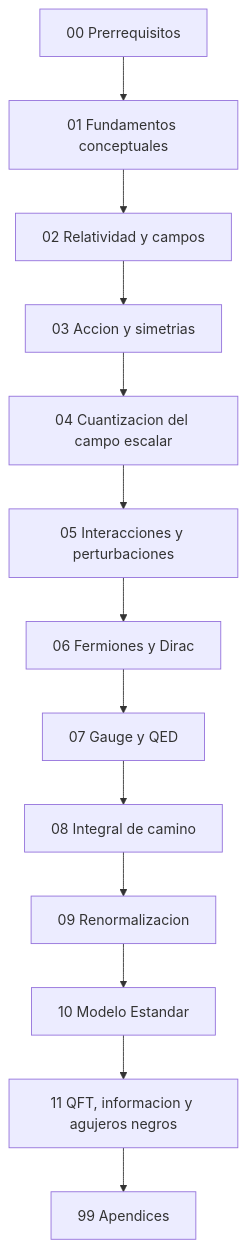
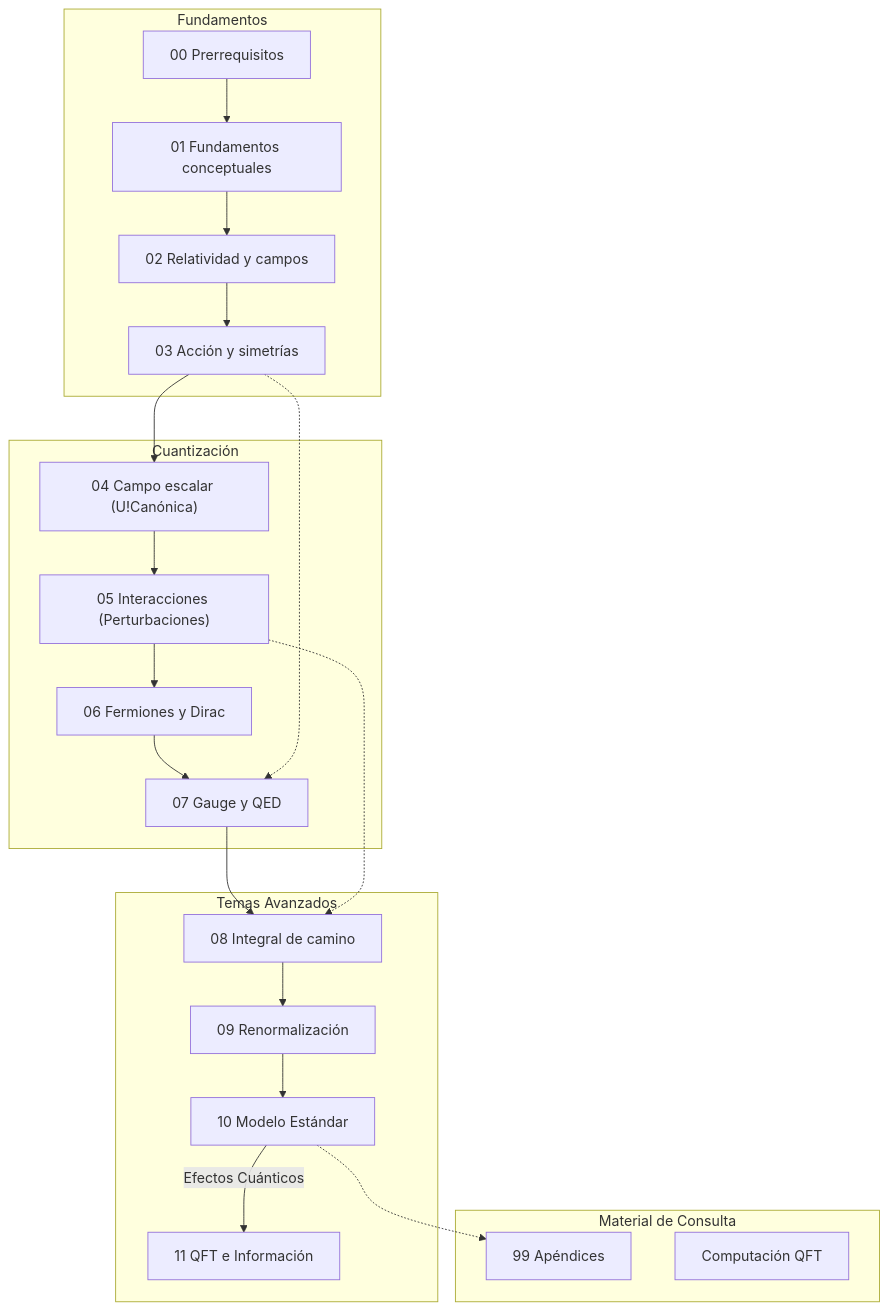
The first of 3 diagrams in Tutorial/README.md (LegalIntermediaSL/QFT), drawn with Mermaid before and after one commit. The commit also changed other lines of this file and 10 other files, not shown here.

````diff
--- a/Tutorial/README.md
+++ b/Tutorial/README.md
@@ -14,15 +12,31 @@
 ```mermaid
 flowchart TD
-    A["00 Prerrequisitos"] --> B["01 Fundamentos conceptuales"]
-    B --> C["02 Relatividad y campos"]
-    C --> D["03 Accion y simetrias"]
-    D --> E["04 Cuantizacion del campo escalar"]
-    E --> F["05 Interacciones y perturbaciones"]
-    F --> G["06 Fermiones y Dirac"]
-    G --> H["07 Gauge y QED"]
-    H --> I["08 Integral de camino"]
-    I --> J["09 Renormalizacion"]
-    J --> K["10 Modelo Estandar"]
-    K --> L["11 QFT, informacion y agujeros negros"]
-    L --> M["99 Apendices"]
+    subgraph Fundamentos
+        A["00 Prerrequisitos"] --> B["01 Fundamentos conceptuales"]
+        B --> C["02 Relatividad y campos"]
+        C --> D["03 Acción y simetrías"]
+    end
+
+    subgraph Cuantizacion ["Cuantización"]
+        D --> E["04 Campo escalar (U!Canónica)"]
+        E --> F["05 Interacciones (Perturbaciones)"]
+        F --> G["06 Fermiones y Dirac"]
+        G --> H["07 Gauge y QED"]
+    end
+
+    subgraph Avanzado ["Temas Avanzados"]
+        H --> I["08 Integral de camino"]
+        I --> J["09 Renormalización"]
+        J --> K["10 Modelo Estándar"]
+        K -- "Efectos Cuánticos" --> L["11 QFT e Información"]
+    end
+
+    subgraph Apendices ["Material de Consulta"]
+        M["99 Apéndices"]
+        N["Computación QFT"]
+    end
+
+    D -.-> H
+    F -.-> I
+    K -.-> M
 ```
````
